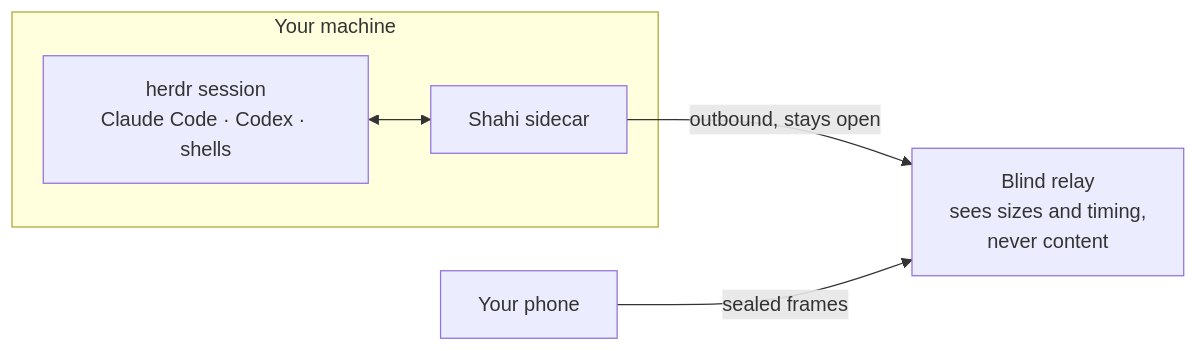
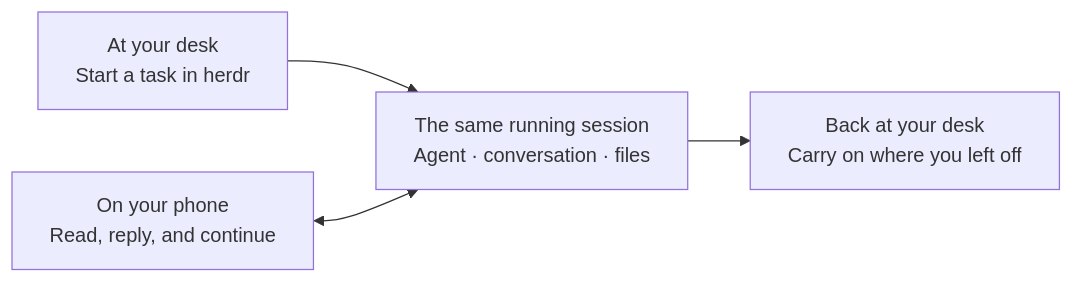
Before and after one commit to iYassr/shahi: the first of 2 diagrams in README.md, drawn with Mermaid. The commit also changed other lines of this file and 105 other files, not shown here.

````diff
--- a/README.md
+++ b/README.md
@@ -71,12 +34,6 @@
 ```mermaid
 flowchart LR
-  subgraph box["Your machine"]
-    herdr["herdr session<br/>Claude Code · Codex · shells"]
-    sidecar["Shahi sidecar"]
-    herdr <--> sidecar
-  end
-  relay["Blind relay<br/>sees sizes and timing,<br/>never content"]
-  phone["Your phone"]
-  sidecar -- "outbound, stays open" --> relay
-  phone -- "sealed frames" --> relay
+  Desktop["At your desk<br/>Start a task in herdr"] --> Session["The same running session<br/>Agent · conversation · files"]
+  Phone["On your phone<br/>Read, reply, and continue"] <--> Session
+  Session --> Return["Back at your desk<br/>Carry on where you left off"]
 ```
````
